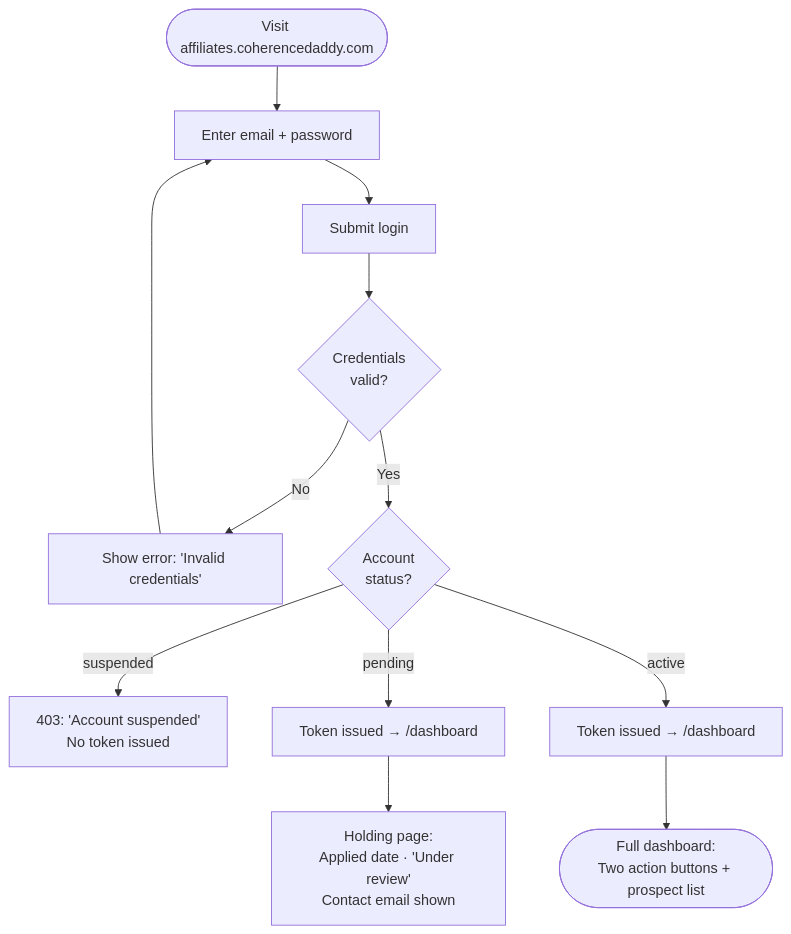
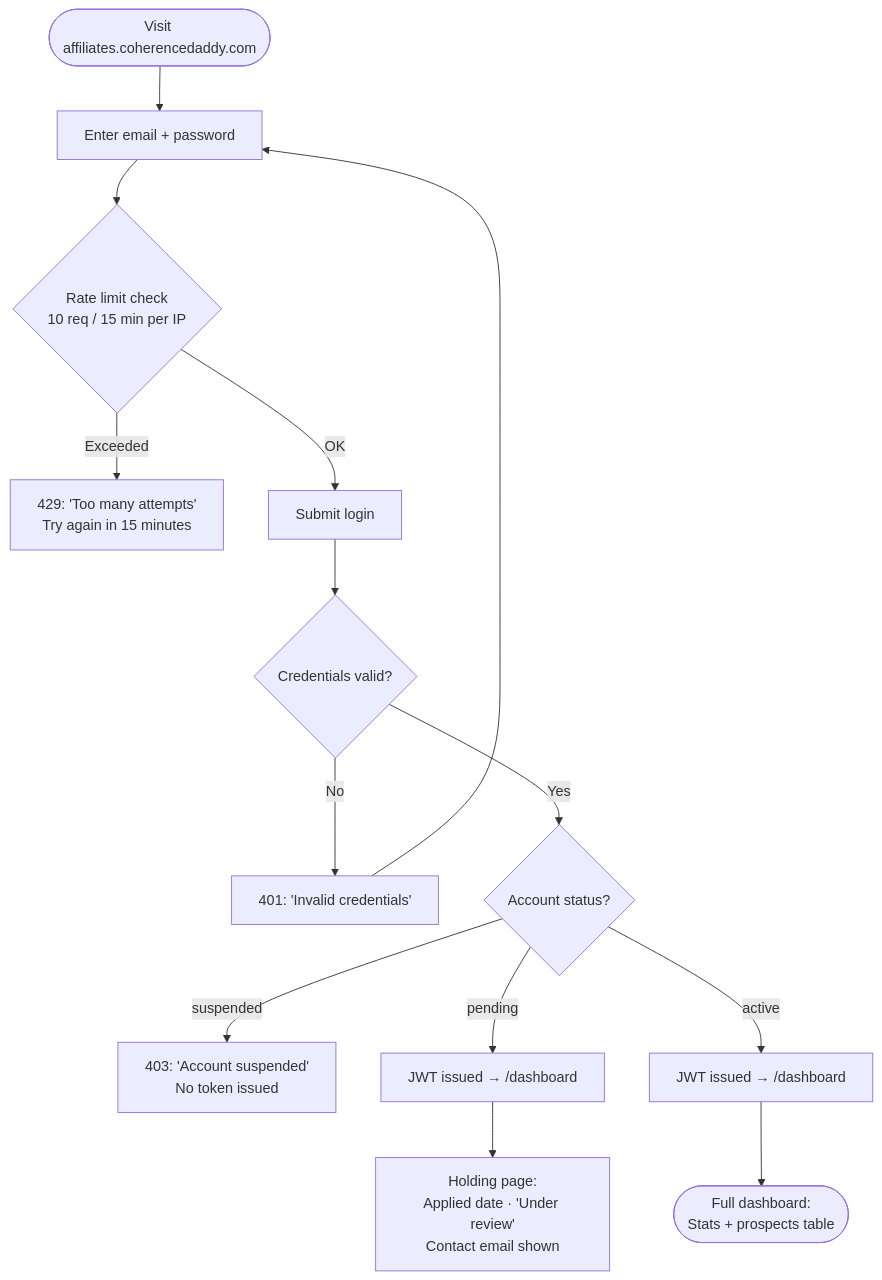
Before and after one commit to ShieldnestORG/team-dashboard: the second of 10 diagrams in docs/guides/affiliate-user-journeys.md, drawn with Mermaid. The commit also changed other lines of this file and 6 other files, not shown here.

````diff
--- a/docs/guides/affiliate-user-journeys.md
+++ b/docs/guides/affiliate-user-journeys.md
@@ -33,14 +38,16 @@
 ```mermaid
 flowchart TD
     A([Visit affiliates.coherencedaddy.com]) --> B[Enter email + password]
-    B --> C[Submit login]
-    C --> D{Credentials\nvalid?}
-    D -- No --> E[Show error: 'Invalid credentials']
-    E --> B
-    D -- Yes --> F{Account\nstatus?}
-    F -- suspended --> G[403: 'Account suspended'\nNo token issued]
-    F -- pending --> H[Token issued → /dashboard]
-    H --> I[Holding page:\nApplied date · 'Under review'\nContact email shown]
-    F -- active --> J[Token issued → /dashboard]
-    J --> K([Full dashboard:\nTwo action buttons + prospect list])
+    B --> C{Rate limit check\n10 req / 15 min per IP}
+    C -- Exceeded --> D[429: 'Too many attempts'\nTry again in 15 minutes]
+    C -- OK --> E[Submit login]
+    E --> F{Credentials valid?}
+    F -- No --> G[401: 'Invalid credentials']
+    G --> B
+    F -- Yes --> H{Account status?}
+    H -- suspended --> I[403: 'Account suspended'\nNo token issued]
+    H -- pending --> J[JWT issued → /dashboard]
+    J --> K[Holding page:\nApplied date · 'Under review'\nContact email shown]
+    H -- active --> L[JWT issued → /dashboard]
+    L --> M([Full dashboard:\nStats + prospects table])
 ```
````
